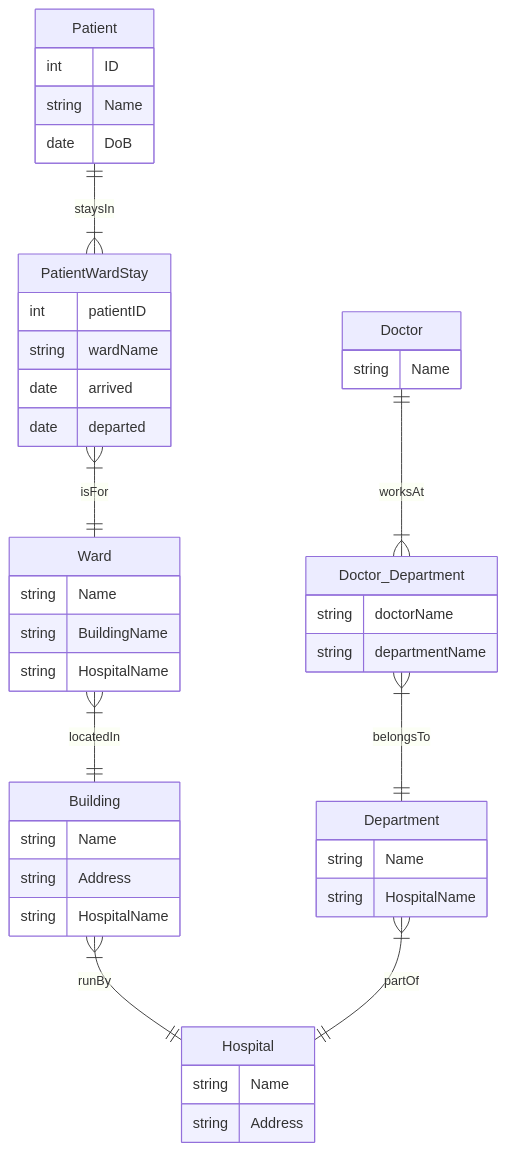
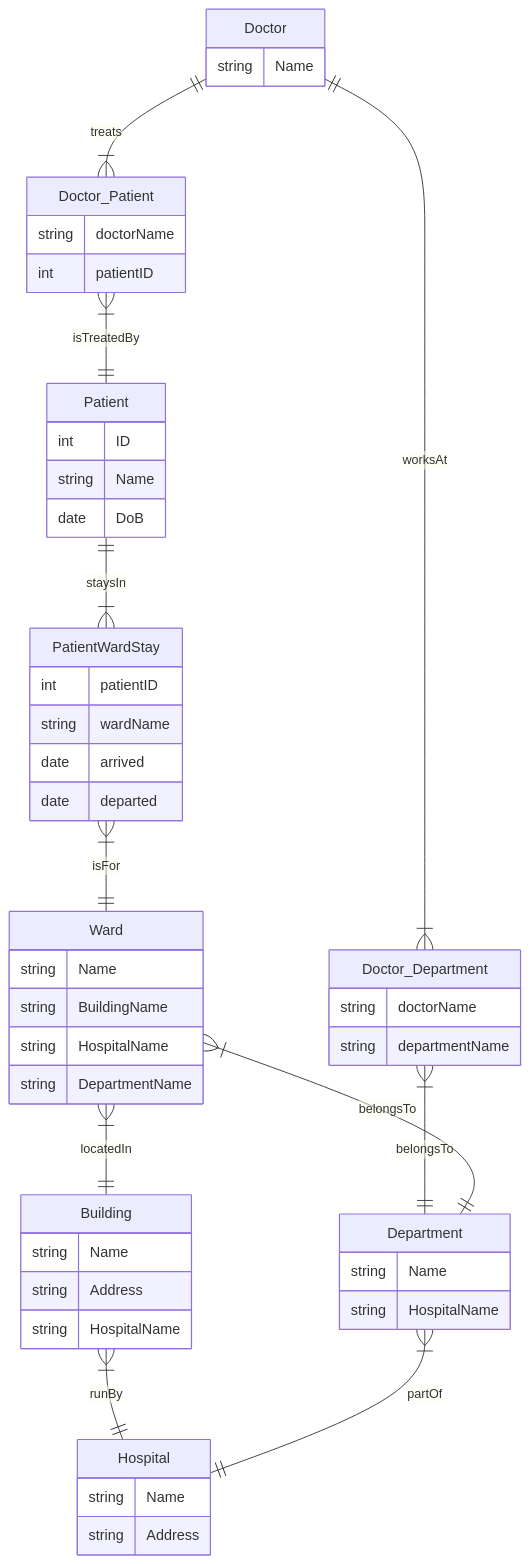
The diagram in Lectures/Solution Sheets - March 2022.md (sreent/data-management-intro), drawn with Mermaid before and after one commit. The commit also changed other lines of this file, not shown here.

````diff
--- a/Lectures/Solution Sheets - March 2022.md
+++ b/Lectures/Solution Sheets - March 2022.md
@@ -492,60 +494,72 @@
 ```mermaid
 erDiagram
 
     Patient {
         int ID
         string Name
         date DoB
     }
 
     Ward {
         string Name
         string BuildingName
         string HospitalName
+        string DepartmentName
     }
 
     Building {
         string Name
         string Address
         string HospitalName
     }
 
     Hospital {
         string Name
         string Address
     }
 
     Department {
         string Name
         string HospitalName
     }
 
     Doctor {
         string Name
     }
 
     PatientWardStay {
         int patientID
         string wardName
         date arrived
         date departed
     }
 
     Doctor_Department {
         string doctorName
         string departmentName
     }
 
+    Doctor_Patient {
+        string doctorName
+        int patientID
+    }
+
     %% Relationships
 
     Patient ||--|{ PatientWardStay : "staysIn"
     PatientWardStay }|--|| Ward : "isFor"
 
     Ward }|--|| Building : "locatedIn"
     Building }|--|| Hospital : "runBy"
 
     Department }|--|| Hospital : "partOf" 
     Doctor ||--|{ Doctor_Department : "worksAt"
     Doctor_Department }|--|| Department : "belongsTo"
 
+    %% New direct link: Ward ↔ Department
+    Ward }|--|| Department : "belongsTo"
+
+    %% New bridging for Doctor ↔ Patient
+    Doctor ||--|{ Doctor_Patient : "treats"
+    Doctor_Patient }|--|| Patient : "isTreatedBy"
 ```
````
